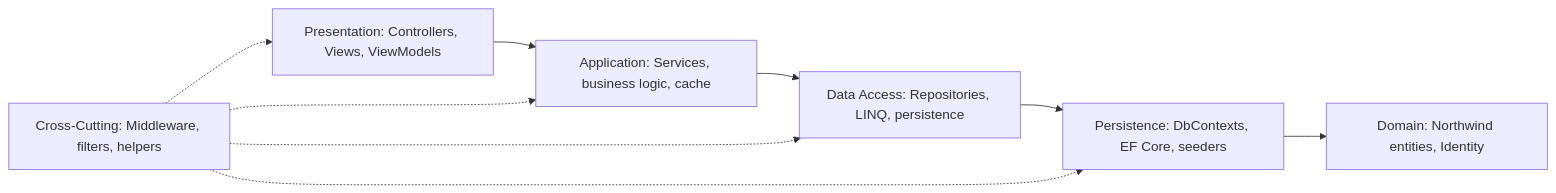
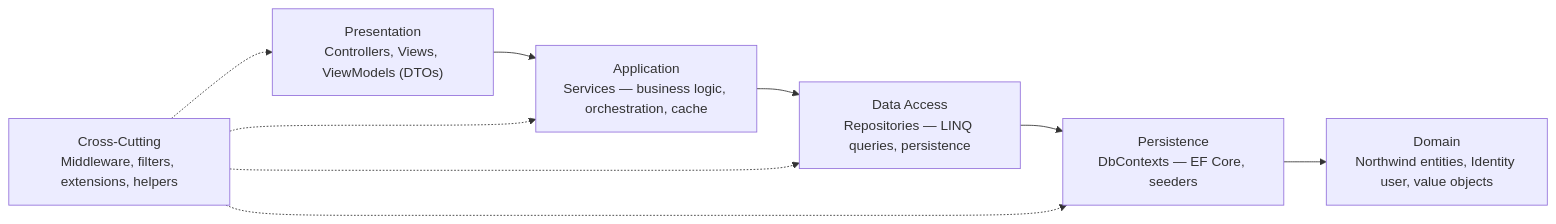
Before and after one commit to jeffersonmejia/north-taks1-p3: the diagram in README.md, drawn with Mermaid.

Commit message:
docs: use vertical space in diagram boxes for descriptive labels

````diff
--- a/README.md
+++ b/README.md
@@ -45,15 +45,15 @@
 ```mermaid
 graph LR
-  P["Presentation: Controllers, Views, ViewModels"]
-  App["Application: Services, business logic, cache"]
-  DAL["Data Access: Repositories, LINQ, persistence"]
-  Per["Persistence: DbContexts, EF Core, seeders"]
-  Dom["Domain: Northwind entities, Identity"]
-  XCut["Cross-Cutting: Middleware, filters, helpers"]
+  P["Presentation<br/>Controllers, Views, ViewModels (DTOs)"]
+  App["Application<br/>Services — business logic, orchestration, cache"]
+  DAL["Data Access<br/>Repositories — LINQ queries, persistence"]
+  Per["Persistence<br/>DbContexts — EF Core, seeders"]
+  Dom["Domain<br/>Northwind entities, Identity user, value objects"]
+  XCut["Cross-Cutting<br/>Middleware, filters, extensions, helpers"]
 
   P --> App --> DAL --> Per --> Dom
   XCut -.-> P
   XCut -.-> App
   XCut -.-> DAL
   XCut -.-> Per
 ```
````
